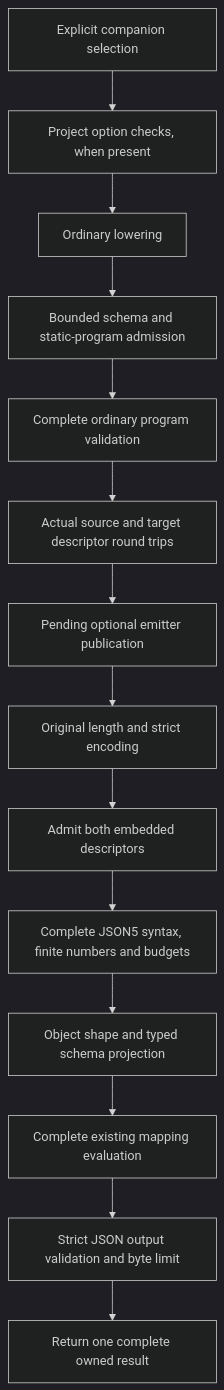
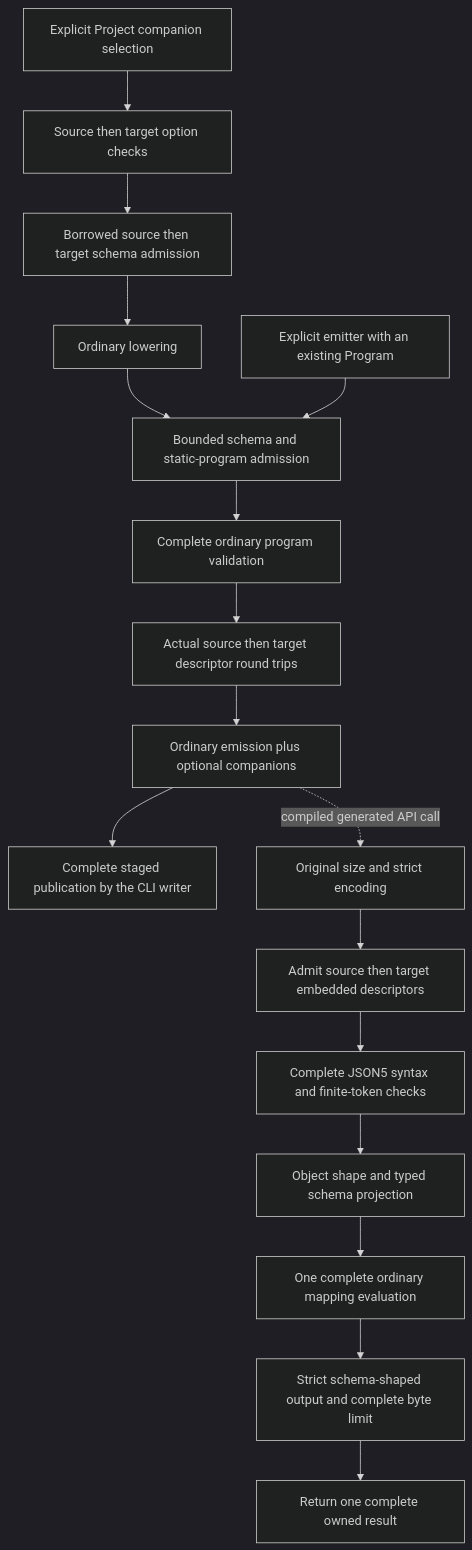
Before and after one commit to DeandreT/ferrule: the diagram in docs/generated-json5-contract.md, drawn with Mermaid (dark theme). The commit also changed other lines of this file, not shown here.

Commit message:
Document generated JSON5 routes and measured boundary memory

````diff
--- a/docs/generated-json5-contract.md
+++ b/docs/generated-json5-contract.md
@@ -45,16 +60,19 @@
 ```mermaid
 flowchart TD
-    select[Explicit companion selection] --> options[Project option checks, when present]
-    options --> lower[Ordinary lowering]
+    select[Explicit Project companion selection] --> options[Source then target option checks]
+    options --> census[Borrowed source then target schema admission]
+    census --> lower[Ordinary lowering]
     lower --> policy[Bounded schema and static-program admission]
+    program[Explicit emitter with an existing Program] --> policy
     policy --> validate[Complete ordinary program validation]
-    validate --> codec[Actual source and target descriptor round trips]
-    codec --> emit[Pending optional emitter publication]
-    emit --> original[Original length and strict encoding]
-    original --> descriptors[Admit both embedded descriptors]
-    descriptors --> syntax[Complete JSON5 syntax, finite numbers and budgets]
+    validate --> codec[Actual source then target descriptor round trips]
+    codec --> emit[Ordinary emission plus optional companions]
+    emit --> publish[Complete staged publication by the CLI writer]
+    emit -. compiled generated API call .-> original[Original size and strict encoding]
+    original --> descriptors[Admit source then target embedded descriptors]
+    descriptors --> syntax[Complete JSON5 syntax and finite-token checks]
     syntax --> input[Object shape and typed schema projection]
-    input --> mapping[Complete existing mapping evaluation]
-    mapping --> output[Strict JSON output validation and byte limit]
+    input --> mapping[One complete ordinary mapping evaluation]
+    mapping --> output[Strict schema-shaped output and complete byte limit]
     output --> returned[Return one complete owned result]
 ```
````
